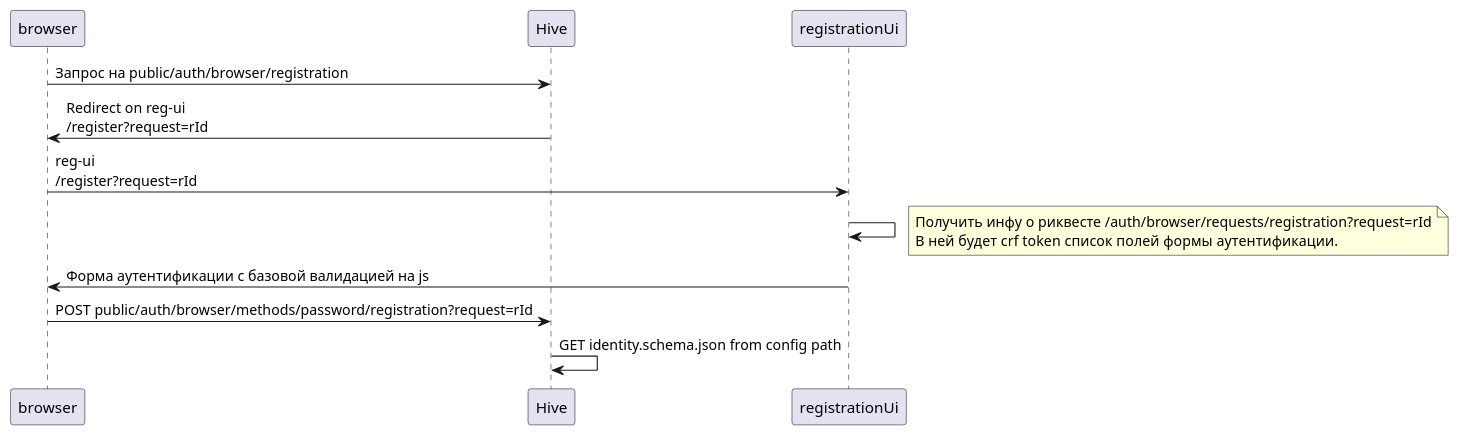
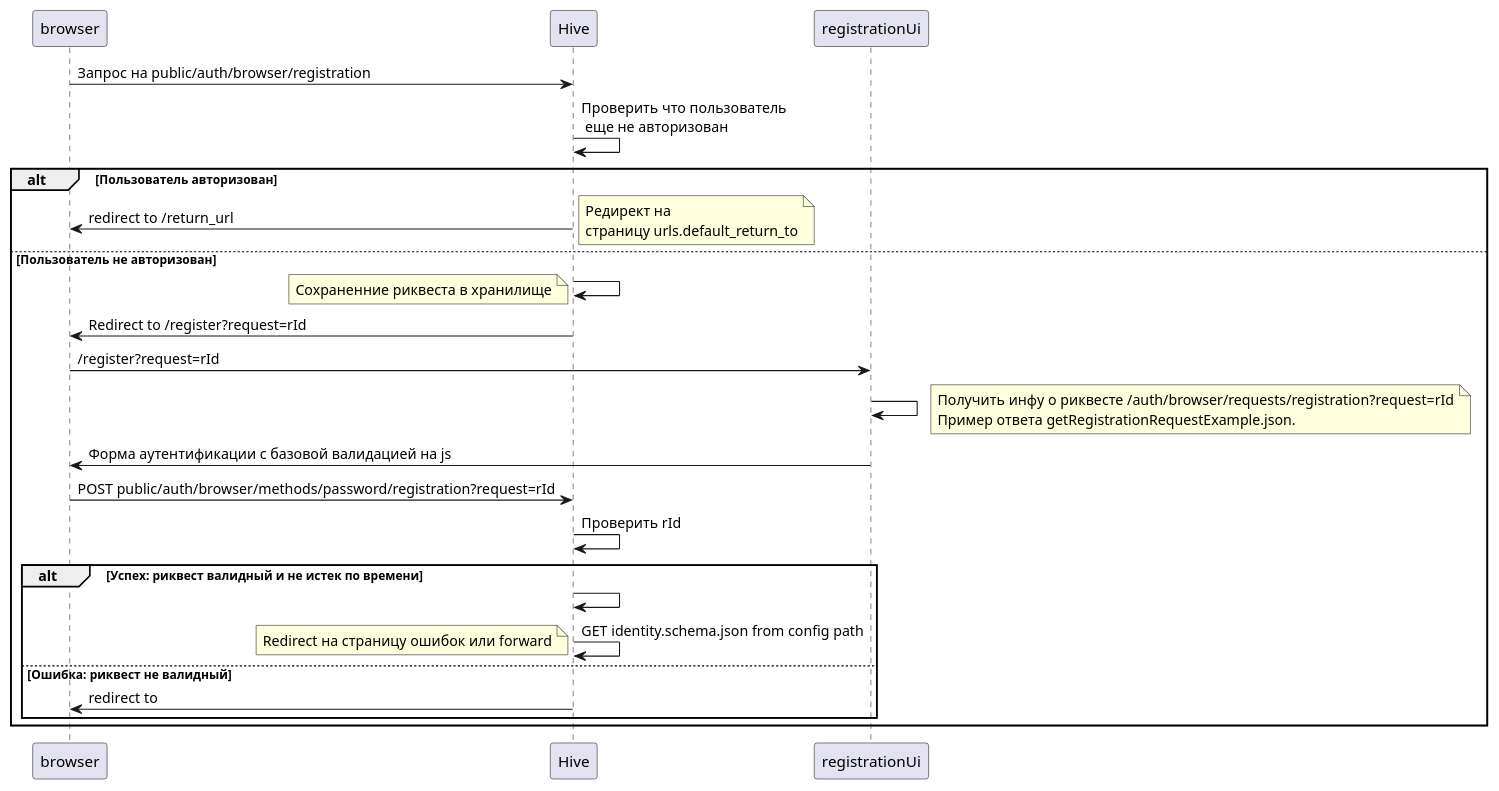
Before and after one commit to SmotrovaLilit/hive: the diagram in documents/registration.puml, drawn with PlantUML. The commit also changed 2 other files, not shown here.

```diff
--- a/documents/registration.puml
+++ b/documents/registration.puml
@@ -1,17 +1,34 @@
 @startuml
 
 participant Browser as "browser"
 participant Hive as "Hive"
 participant RegUi as "registrationUi"
 
 
 Browser -> Hive: Запрос на public/auth/browser/registration
-Hive -> Browser: Redirect on reg-ui\n/register?request=rId
-Browser -> RegUi:  reg-ui\n/register?request=rId
+Hive -> Hive: Проверить что пользователь\n еще не авторизован
+alt Пользователь авторизован
+Hive -> Browser: redirect to /return_url
+note right: Редирект на \nстраницу urls.default_return_to
+else Пользователь не авторизован
+Hive -> Hive
+note left: Сохраненние риквеста в хранилище
+Hive -> Browser: Redirect to /register?request=rId
+Browser -> RegUi: /register?request=rId
 RegUi -> RegUi:
-note right: Получить инфу о риквесте /auth/browser/requests/registration?request=rId\nВ ней будет crf token  список полей формы аутентификации.
+note right: Получить инфу о риквесте /auth/browser/requests/registration?request=rId\nПример ответа getRegistrationRequestExample.json.
 RegUi -> Browser: Форма аутентификации с базовой валидацией на js
 
 Browser -> Hive:POST public/auth/browser/methods/password/registration?request=rId
+Hive -> Hive: Проверить rId
+alt Успех: риквест валидный и не истек по времени
+Hive -> Hive:
 Hive -> Hive: GET identity.schema.json from config path
+note left: Redirect на страницу ошибок или forward
+else Ошибка: риквест не валидный
+Hive -> Browser: redirect to
+end
+
+
+end
 @enduml
```
